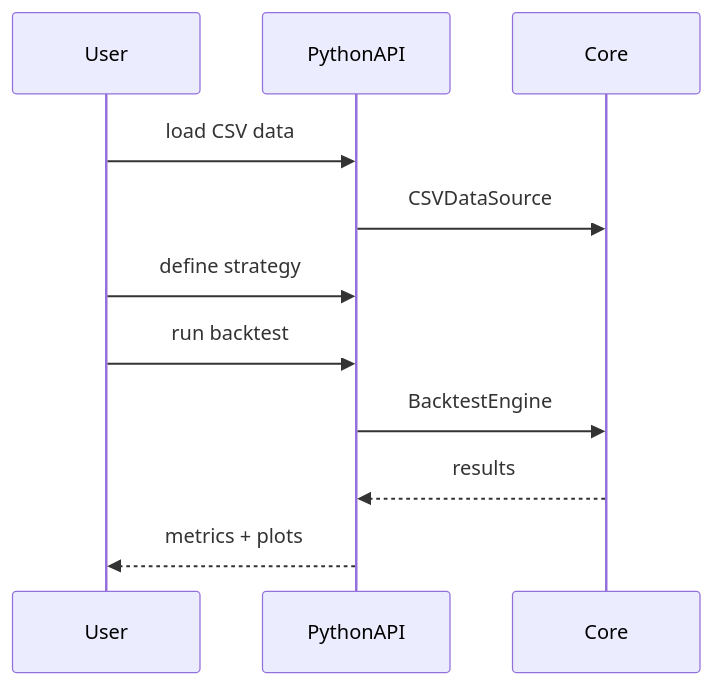
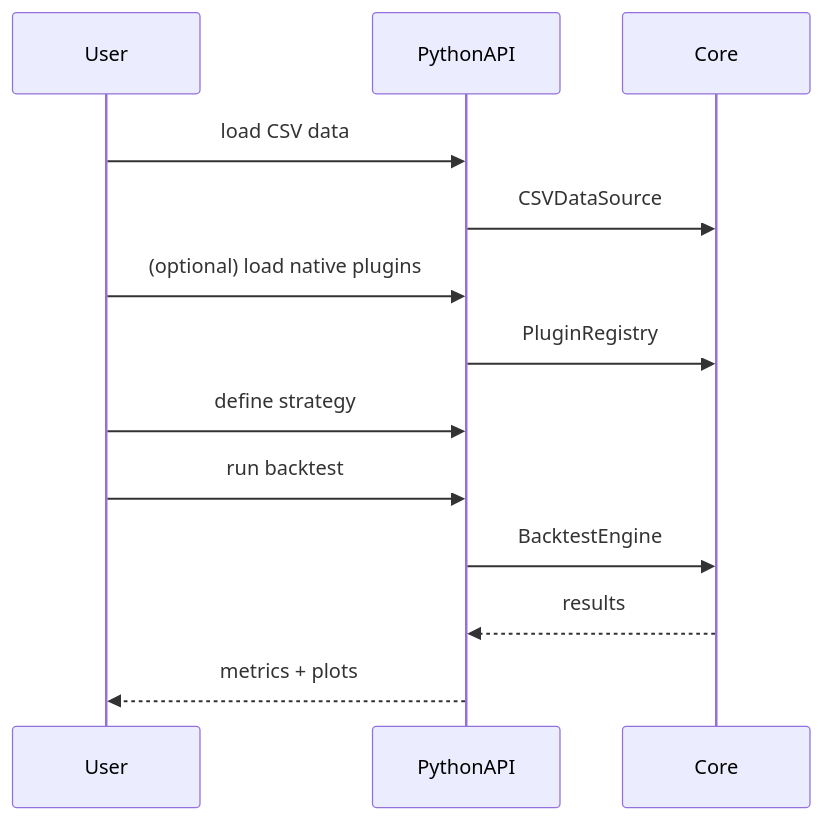
The diagram in docs/tutorials/python-usage.md (gregorian-09/regime-flow), drawn with Mermaid before and after one commit. The commit also changed other lines of this file and 35 other files, not shown here.

Commit message:
feat: intraday examples, python plugin hooks, and reports

````diff
--- a/docs/tutorials/python-usage.md
+++ b/docs/tutorials/python-usage.md
@@ -5,14 +5,16 @@
 ```mermaid
 sequenceDiagram
   participant User
   participant PythonAPI
   participant Core
 
   User->>PythonAPI: load CSV data
   PythonAPI->>Core: CSVDataSource
+  User->>PythonAPI: (optional) load native plugins
+  PythonAPI->>Core: PluginRegistry
   User->>PythonAPI: define strategy
   User->>PythonAPI: run backtest
   PythonAPI->>Core: BacktestEngine
   Core-->>PythonAPI: results
   PythonAPI-->>User: metrics + plots
 ```
````
